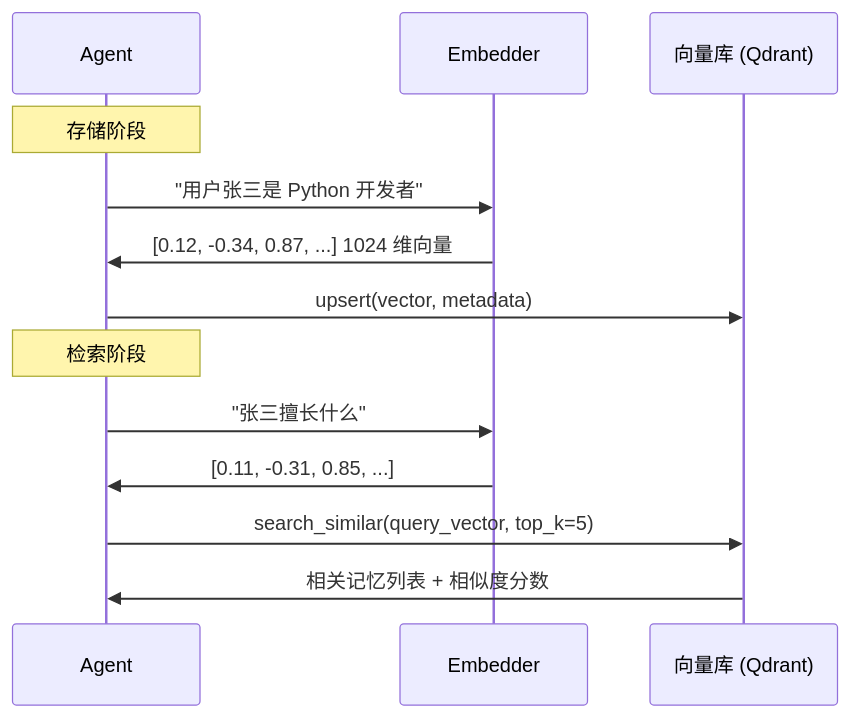
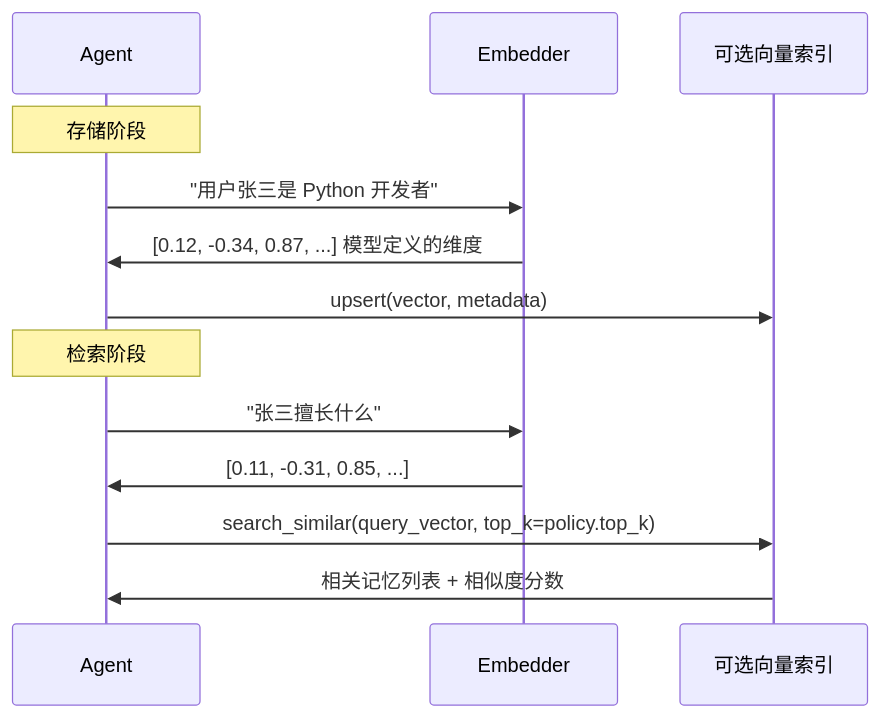
The second of 3 diagrams in knowledge/llm/agent/agent-memory.md (AmbitionC/front-end-journey-resource), drawn with Mermaid before and after one commit. The commit also changed other lines of this file and 19 other files, not shown here.

````diff
--- a/knowledge/llm/agent/agent-memory.md
+++ b/knowledge/llm/agent/agent-memory.md
@@ -145,17 +137,17 @@
 ```mermaid
 sequenceDiagram
     participant A as Agent
     participant E as Embedder
-    participant V as 向量库 (Qdrant)
+    participant V as 可选向量索引
 
     Note over A: 存储阶段
     A->>E: "用户张三是 Python 开发者"
-    E->>A: [0.12, -0.34, 0.87, ...]  1024 维向量
+    E->>A: [0.12, -0.34, 0.87, ...]  模型定义的维度
     A->>V: upsert(vector, metadata)
 
     Note over A: 检索阶段
     A->>E: "张三擅长什么"
     E->>A: [0.11, -0.31, 0.85, ...]
-    A->>V: search_similar(query_vector, top_k=5)
+    A->>V: search_similar(query_vector, top_k=policy.top_k)
     V->>A: 相关记忆列表 + 相似度分数
 ```
````
